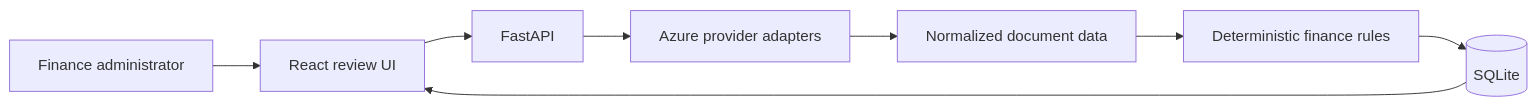
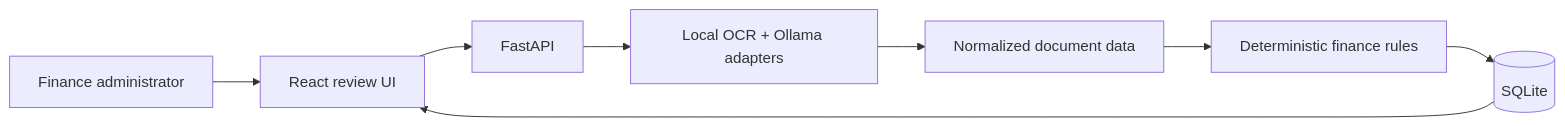
One commit to fares-ds/end-to-end-invoice-and-receipt-review-application changed the diagram in docs/architecture.md. Above: the diagram before and after it, drawn with Mermaid. The commit also changed other lines of this file and 101 other files, not shown here.

````diff
--- a/docs/architecture.md
+++ b/docs/architecture.md
@@ -15,10 +15,10 @@
 ```mermaid
 flowchart LR
     user[Finance administrator] --> ui[React review UI]
     ui --> api[FastAPI]
-    api --> providers[Azure provider adapters]
+    api --> providers[Local OCR + Ollama adapters]
     providers --> normalized[Normalized document data]
     normalized --> rules[Deterministic finance rules]
     rules --> db[(SQLite)]
     db --> ui
 ```
````
